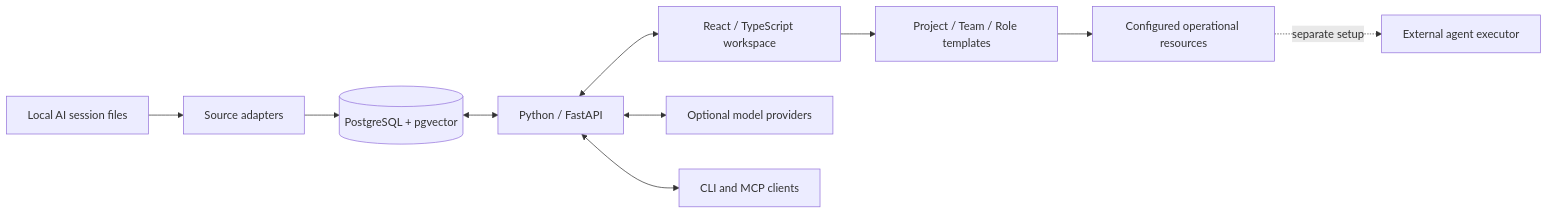
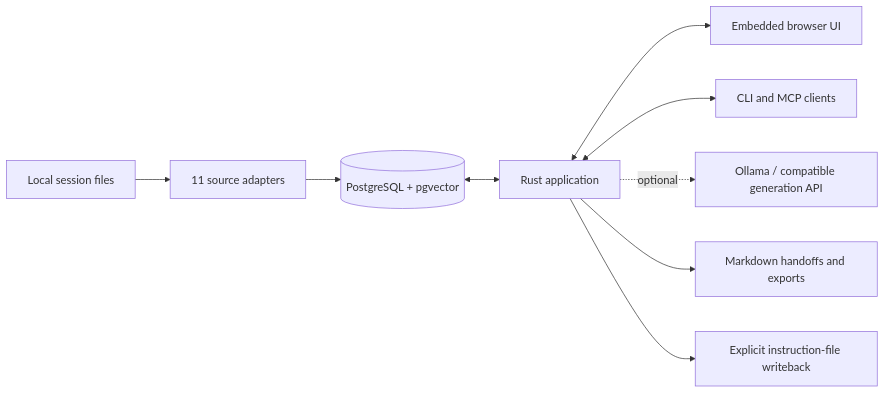
The diagram in README.md (mkupermann/throughline), drawn with Mermaid before and after one commit. The commit also changed other lines of this file and 22 other files, not shown here.

````diff
--- a/README.md
+++ b/README.md
@@ -173,12 +265,11 @@
 ```mermaid
 flowchart LR
-    Sources[Local AI session files] --> Adapters[Source adapters]
-    Adapters --> DB[(PostgreSQL + pgvector)]
-    DB <--> API[Python / FastAPI]
-    API <--> UI[React / TypeScript workspace]
-    API <--> Models[Optional model providers]
-    API <--> CLI[CLI and MCP clients]
-    UI --> Templates[Project / Team / Role templates]
-    Templates --> Resources[Configured operational resources]
-    Resources -. separate setup .-> Executor[External agent executor]
+    Files[Local session files] --> Import[11 source adapters]
+    Import --> DB[(PostgreSQL + pgvector)]
+    DB <--> Runtime[Rust application]
+    Runtime <--> Browser[Embedded browser UI]
+    Runtime <--> Clients[CLI and MCP clients]
+    Runtime -. optional .-> Models[Ollama / compatible generation API]
+    Runtime --> Export[Markdown handoffs and exports]
+    Runtime --> Instructions[Explicit instruction-file writeback]
 ```
````
